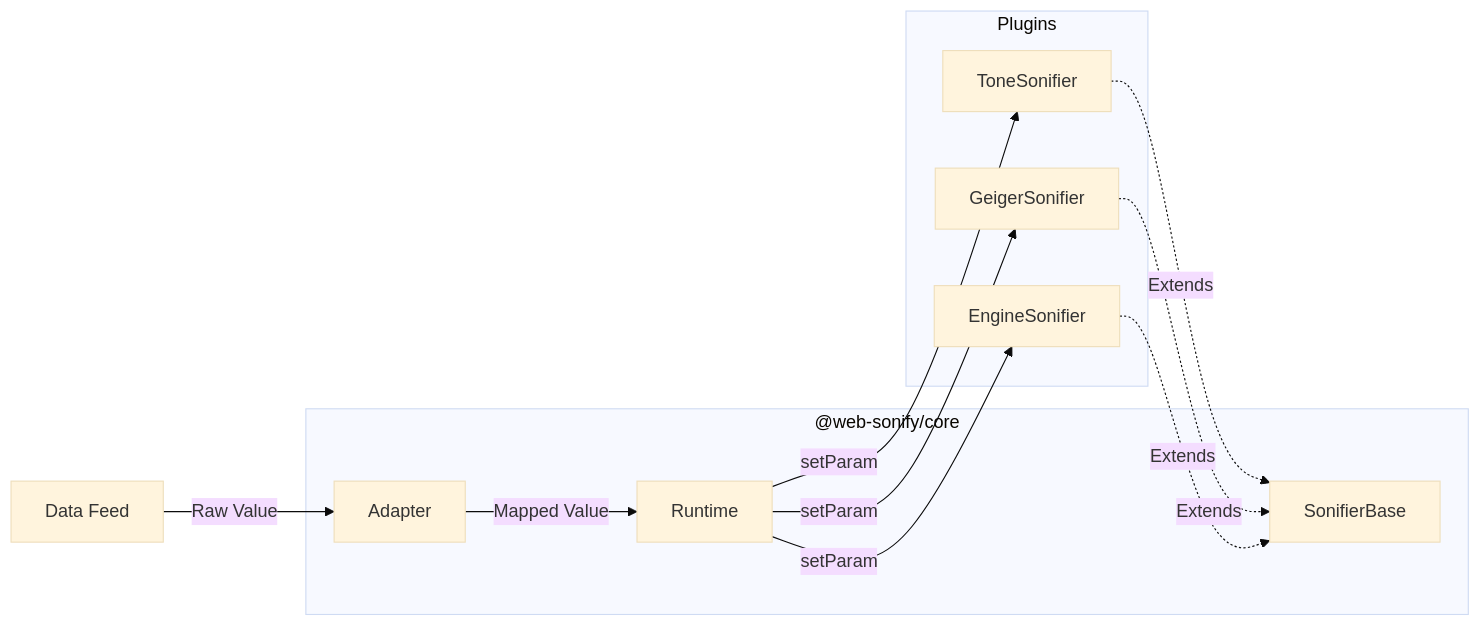
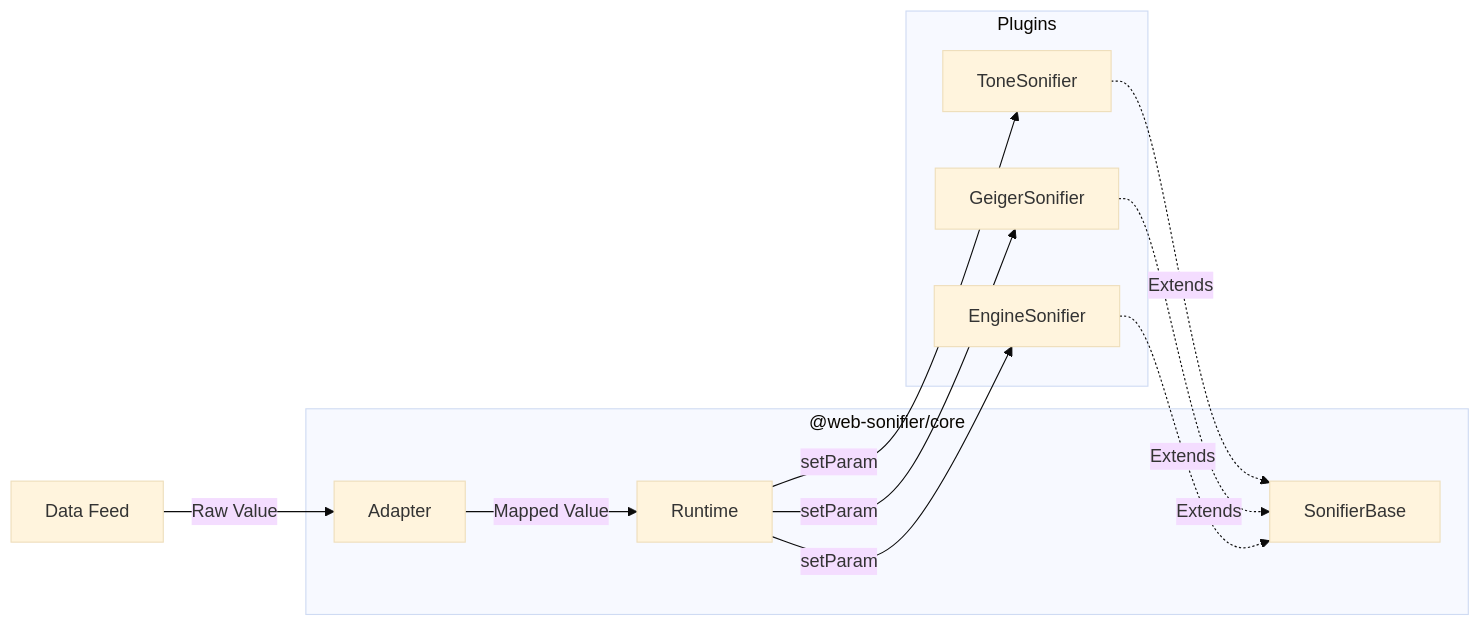
One commit to grahamsw/web-sonifier changed the second of 2 diagrams in README.md. Above: the diagram before and after it, drawn with Mermaid (base theme). The commit also changed 23 other files, not shown here.

Commit message:
refactor: rename NPM package scope to @web-sonifier

````diff
--- a/README.md
+++ b/README.md
@@ -28,23 +28,23 @@
 ```mermaid
 graph LR
-    subgraph "@web-sonify/core"
+    subgraph "@web-sonifier/core"
         Runtime[Runtime]
         Adapter[Adapter]
         Base[SonifierBase]
     end
 
     subgraph "Plugins"
         Tone[ToneSonifier]
         Geiger[GeigerSonifier]
         Engine[EngineSonifier]
     end
 
     Data[Data Feed] -->|Raw Value| Adapter
     Adapter -->|Mapped Value| Runtime
     Runtime -->|setParam| Tone
     Runtime -->|setParam| Geiger
     Runtime -->|setParam| Engine
     Tone -.->|Extends| Base
     Geiger -.->|Extends| Base
     Engine -.->|Extends| Base
 ```
````
